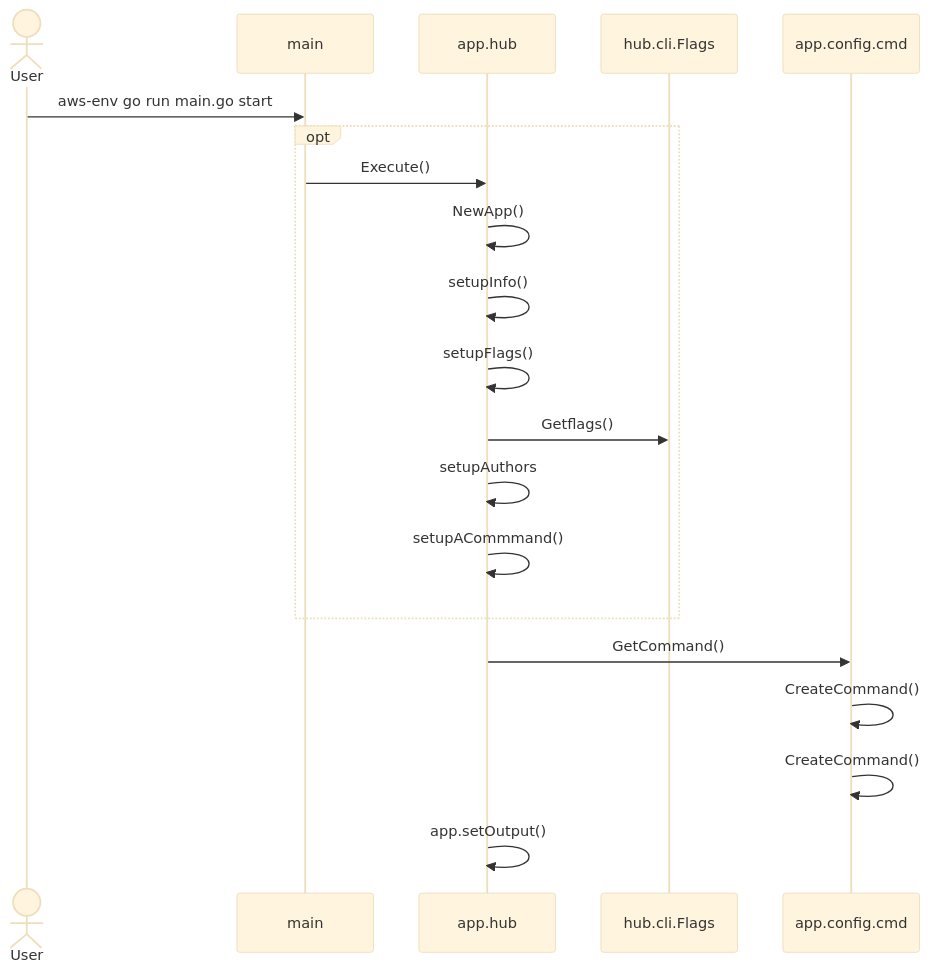
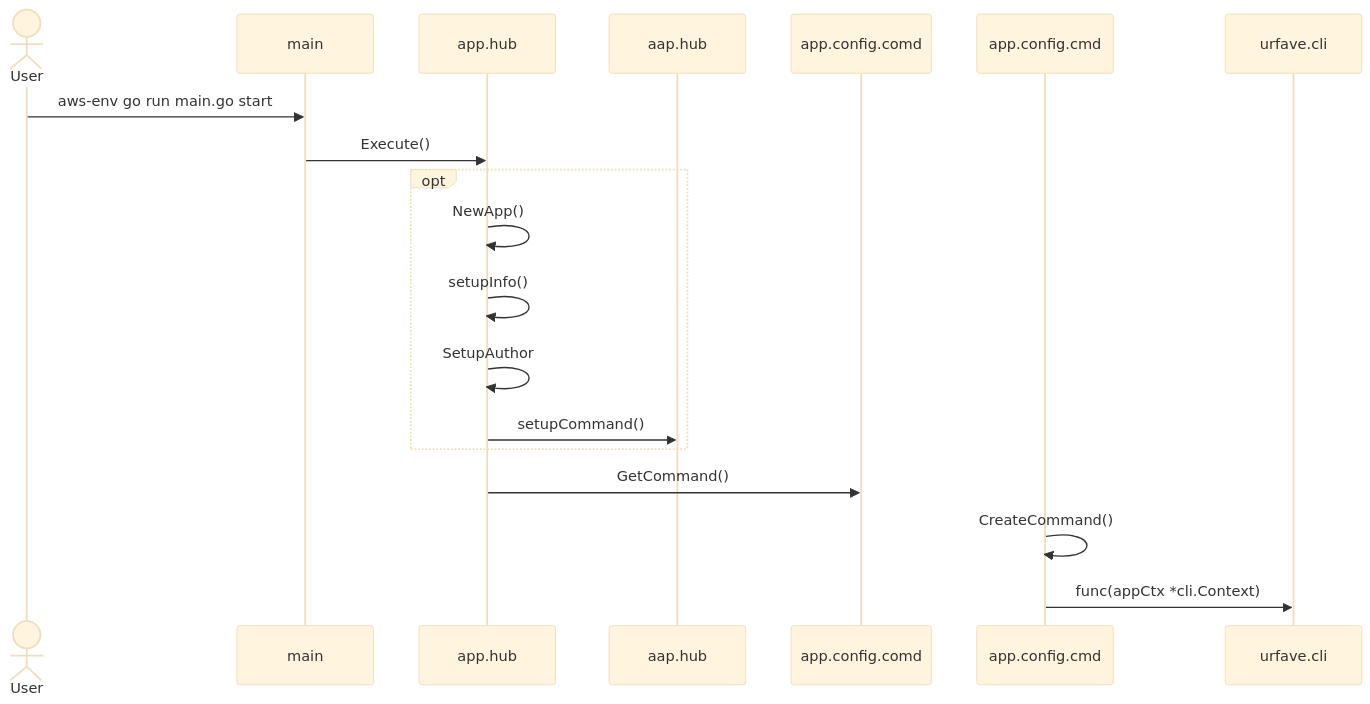
One commit to rajasoun/aws-hub changed the diagram in test/e2e/ajith/e2e.md. Above: the diagram before and after it, drawn with Mermaid (base theme).

Commit message:
docs(adding-new-md-file): adding new generated file

````diff
--- a/test/e2e/ajith/e2e.md
+++ b/test/e2e/ajith/e2e.md
@@ -1,20 +1,17 @@
 ```mermaid
 
 sequenceDiagram
 	actor User
-		User  ->>  main : aws-env go run main.go start
+ 	 	User  ->>  main : aws-env go run main.go start
+ 	 	main  ->>  app.hub : Execute()
 	opt
-			main  ->>  app.hub : Execute()
-			app.hub  ->>  app.hub : NewApp()
-			app.hub  ->> app.hub : setupInfo()
-			app.hub  ->>  app.hub : setupFlags()
-			app.hub  ->>  hub.cli.Flags : Getflags()
-			app.hub  ->>  app.hub : setupAuthors
-			app.hub  ->>  app.hub : setupACommmand()
+ 		 	app.hub  ->>  app.hub : NewApp()
+ 		 	app.hub  ->>  app.hub : setupInfo()
+ 		 	app.hub  ->>  app.hub : SetupAuthor
+ 		 	app.hub  ->>  aap.hub : setupCommand()
 	end
-		app.hub  ->>  app.config.cmd : GetCommand()
-		app.config.cmd  ->>  app.config.cmd : CreateCommand()
-		app.config.cmd  ->>  app.config.cmd : CreateCommand()
-		app.hub  ->>  app.hub : app.setOutput()
+ 	 	app.hub  ->>  app.config.comd : GetCommand()
+ 	 	app.config.cmd  ->>  app.config.cmd : CreateCommand()
+ 	 	app.config.cmd ->> urfave.cli : func(appCtx *cli.Context)
 
 ```
````
